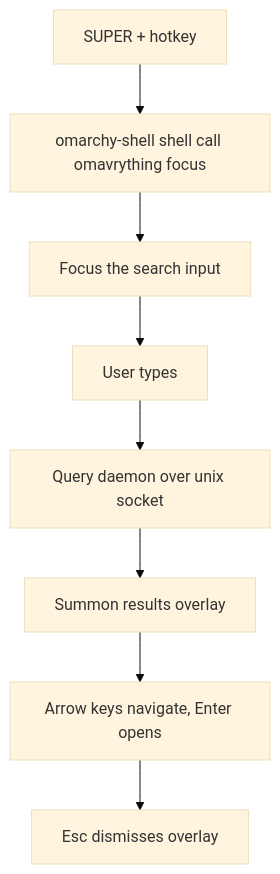
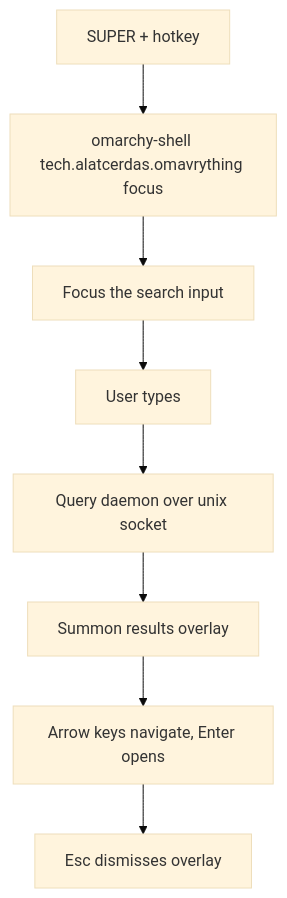
The fifth of 5 diagrams in docs/architecture.md (brrrassica/omavrything), drawn with Mermaid (base theme) before and after one commit. The commit also changed other lines of this file and 18 other files, not shown here.

````diff
--- a/docs/architecture.md
+++ b/docs/architecture.md
@@ -244,10 +244,10 @@
 ```mermaid
 flowchart TD
-    HOTKEY[SUPER + hotkey] --> IPC[omarchy-shell shell call omavrything focus]
+    HOTKEY[SUPER + hotkey] --> IPC[omarchy-shell tech.alatcerdas.omavrything focus]
     IPC --> FOCUS[Focus the search input]
     FOCUS --> TYPE[User types]
     TYPE --> QUERY[Query daemon over unix socket]
     QUERY --> SUMMON[Summon results overlay]
     SUMMON --> NAV[Arrow keys navigate, Enter opens]
     NAV --> ESC[Esc dismisses overlay]
 ```
````
